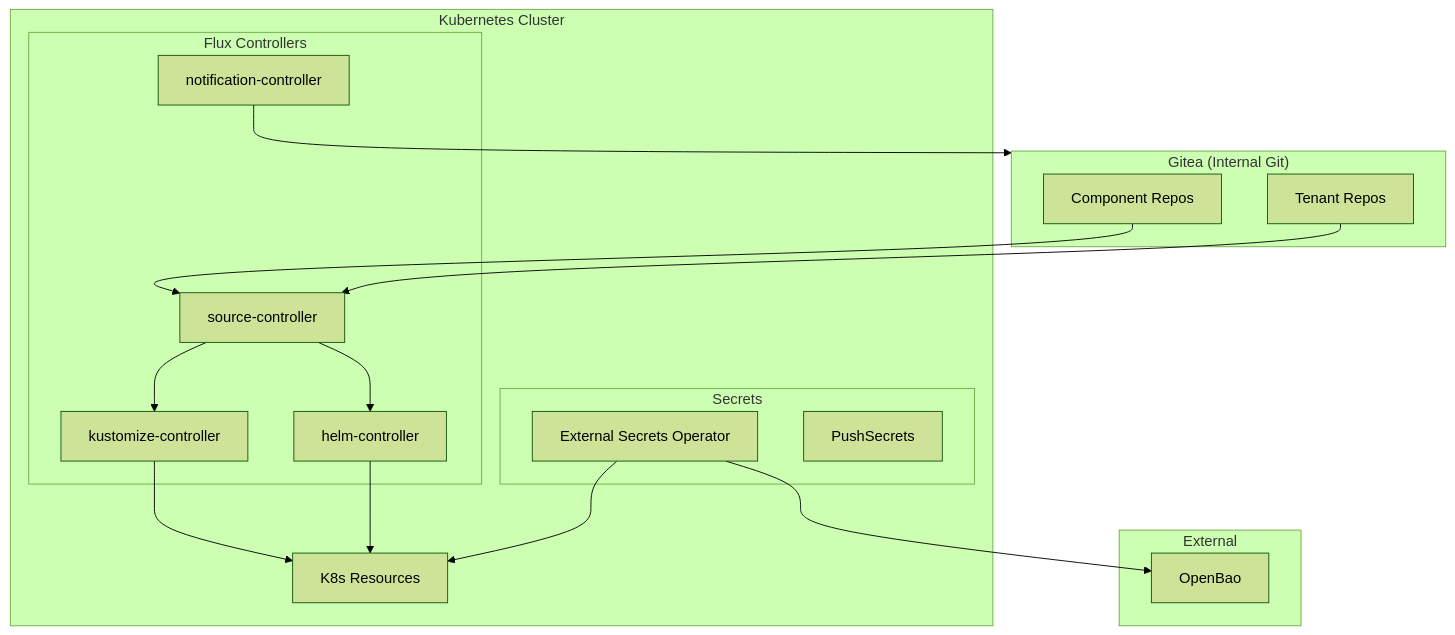
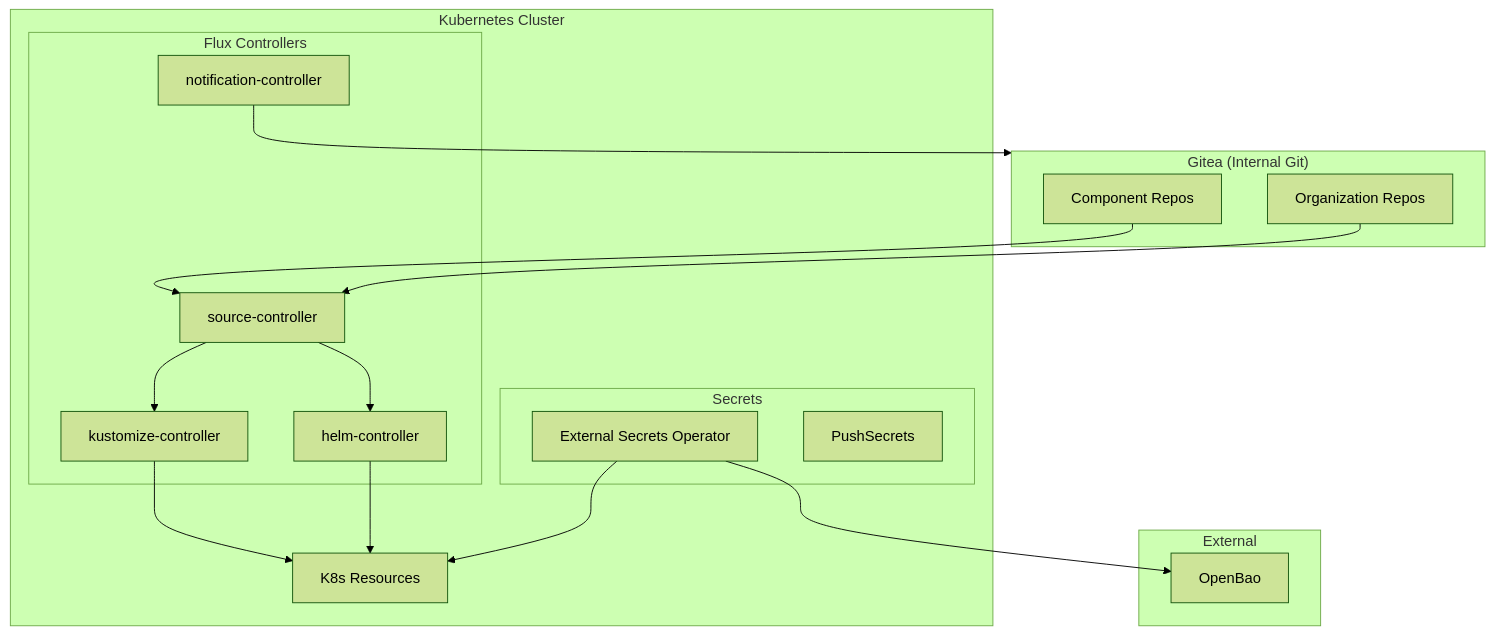
Before and after one commit to openova-io/openova: the first of 2 diagrams in platform/flux/README.md, drawn with Mermaid (forest theme). The commit also changed other lines of this file and 2 other files, not shown here.

````diff
--- a/platform/flux/README.md
+++ b/platform/flux/README.md
@@ -17,37 +17,37 @@
 ```mermaid
 flowchart TB
     subgraph Gitea["Gitea (Internal Git)"]
         Components[Component Repos]
-        Tenant[Tenant Repos]
+        Organization[Organization Repos]
     end
 
     subgraph K8s["Kubernetes Cluster"]
         subgraph Flux["Flux Controllers"]
             Source[source-controller]
             Kustomize[kustomize-controller]
             Helm[helm-controller]
             Notify[notification-controller]
         end
 
         subgraph ESO["Secrets"]
             ESOp[External Secrets Operator]
             PS[PushSecrets]
         end
 
         Resources[K8s Resources]
     end
 
     subgraph External["External"]
         OpenBao[OpenBao]
     end
 
     Components --> Source
-    Tenant --> Source
+    Organization --> Source
     Source --> Kustomize
     Source --> Helm
     Kustomize --> Resources
     Helm --> Resources
     Notify --> Gitea
     ESOp --> OpenBao
     ESOp --> Resources
 ```
````
